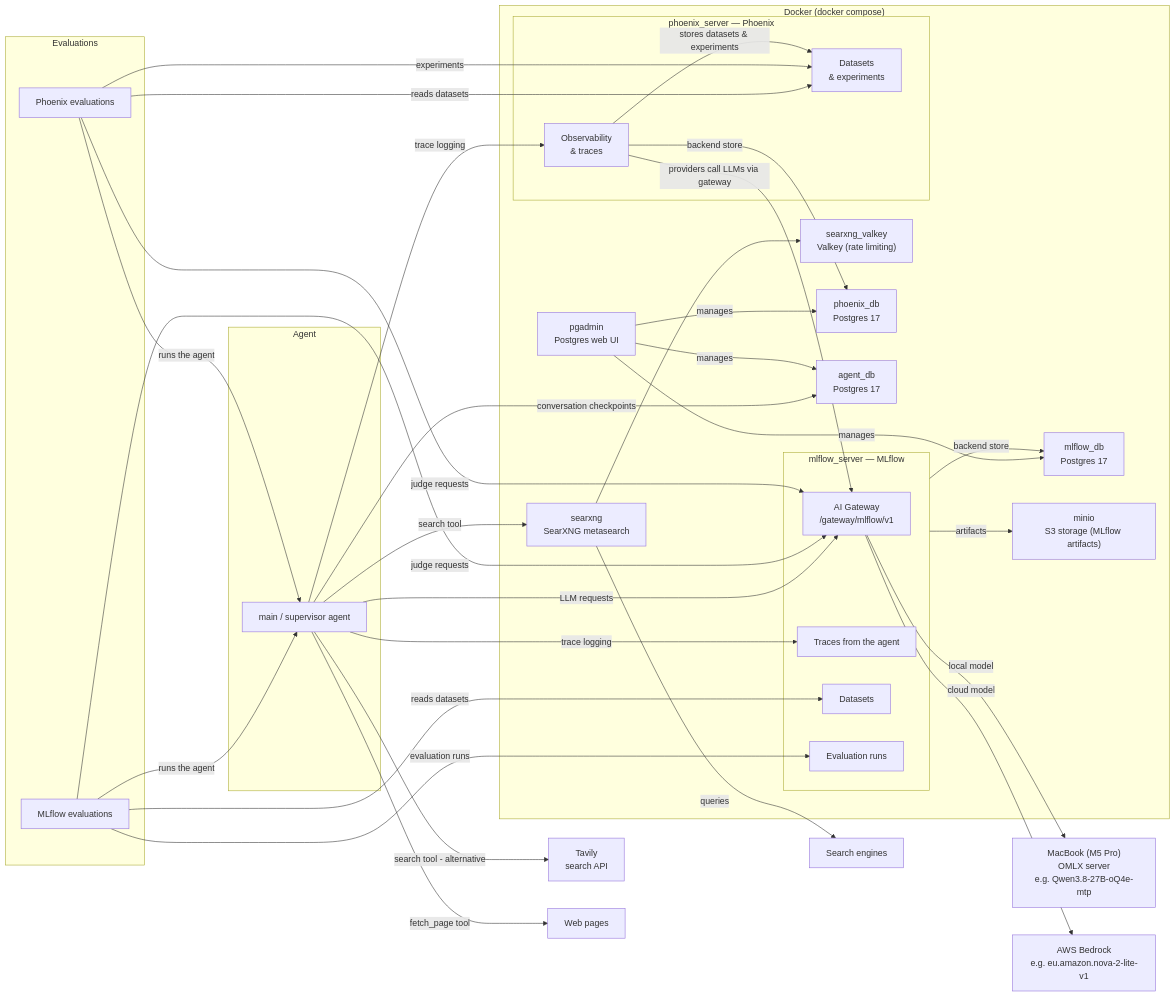
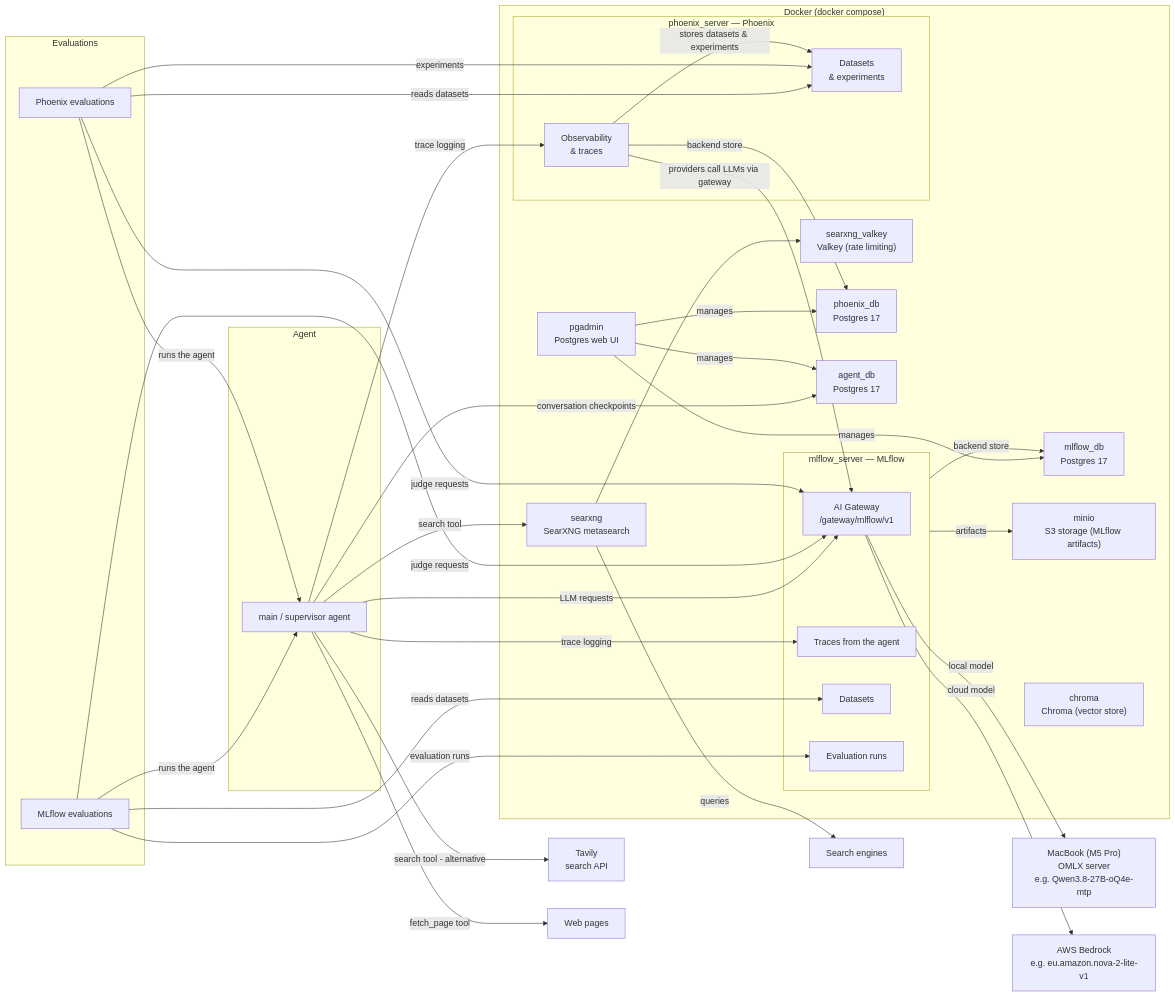
One commit to codiply/tech-market-researcher changed the first of 5 diagrams in documentation/design.md. Above: the diagram before and after it, drawn with Mermaid. The commit also changed other lines of this file and 3 other files, not shown here.

First line of the commit message:
Add a Chroma vector store container to the docker stack

````diff
--- a/documentation/design.md
+++ b/documentation/design.md
@@ -5,65 +5,66 @@
 ```mermaid
 flowchart LR
     subgraph agent["Agent"]
         main["main / supervisor agent"]
     end
 
     subgraph evals["Evaluations"]
         mlflow_evals["MLflow evaluations"]
         phoenix_evals["Phoenix evaluations"]
     end
 
     subgraph docker["Docker (docker compose)"]
         subgraph mlflow_box["mlflow_server — MLflow"]
             gateway["AI Gateway<br/>/gateway/mlflow/v1"]
             traces["Traces from the agent"]
             datasets["Datasets"]
             eval_runs["Evaluation runs"]
         end
         mlflow_db["mlflow_db<br/>Postgres 17"]
         searxng["searxng<br/>SearXNG metasearch"]
         valkey["searxng_valkey<br/>Valkey (rate limiting)"]
         minio["minio<br/>S3 storage (MLflow artifacts)"]
         pgadmin["pgadmin<br/>Postgres web UI"]
         subgraph phoenix_box["phoenix_server — Phoenix"]
             phoenix_server["Observability<br/>& traces"]
             phoenix_datasets["Datasets<br/>& experiments"]
         end
         phoenix_db["phoenix_db<br/>Postgres 17"]
         agent_db["agent_db<br/>Postgres 17"]
+        chroma["chroma<br/>Chroma (vector store)"]
     end
 
     macbook["MacBook (M5 Pro)<br/>OMLX server<br/>e.g. Qwen3.8-27B-oQ4e-mtp"]
     aws["AWS Bedrock<br/>e.g. eu.amazon.nova-2-lite-v1"]
     tavily["Tavily<br/>search API"]
     engines["Search engines"]
     web["Web pages"]
 
     main -->|LLM requests| gateway
     main -->|trace logging| traces
     main -->|trace logging| phoenix_server
     main -->|search tool| searxng
     main -->|search tool - alternative| tavily
     main -->|fetch_page tool| web
     main -->|conversation checkpoints| agent_db
     mlflow_evals -->|runs the agent| main
     mlflow_evals -->|judge requests| gateway
     mlflow_evals -->|reads datasets| datasets
     mlflow_evals -->|evaluation runs| eval_runs
     phoenix_evals -->|runs the agent| main
     phoenix_evals -->|judge requests| gateway
     phoenix_evals -->|reads datasets| phoenix_datasets
     phoenix_evals -->|experiments| phoenix_datasets
     phoenix_server -->|stores datasets & experiments| phoenix_datasets
     phoenix_server -->|providers call LLMs via gateway| gateway
     gateway -->|local model| macbook
     gateway -->|cloud model| aws
     searxng -->|queries| engines
     searxng --> valkey
     mlflow_box -->|backend store| mlflow_db
     mlflow_box -->|artifacts| minio
     pgadmin -->|manages| mlflow_db
     phoenix_server -->|backend store| phoenix_db
     pgadmin -->|manages| phoenix_db
     pgadmin -->|manages| agent_db
 ```
````
